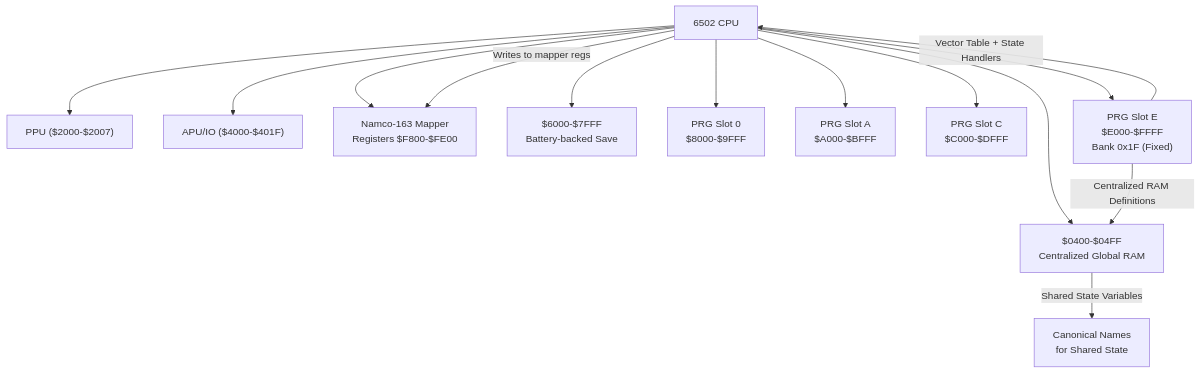
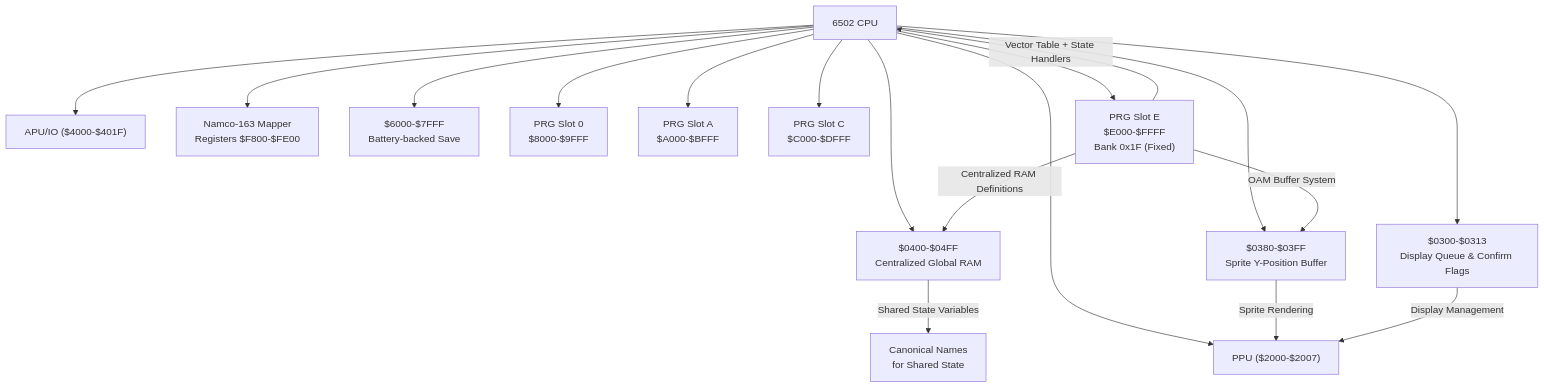
The second of 9 diagrams in .qoder/repowiki/en/content/Data Access and Memory Management/Data Access and Memory Management.md (rabbyzero/sango2dasm), drawn with Mermaid before and after one commit. The commit also changed other lines of this file and 35 other files, not shown here.

````diff
--- a/.qoder/repowiki/en/content/Data Access and Memory Management/Data Access and Memory Management.md
+++ b/.qoder/repowiki/en/content/Data Access and Memory Management/Data Access and Memory Management.md
@@ -101,27 +114,33 @@
 ```mermaid
 graph TB
 CPU["6502 CPU"]
 PPU["PPU ($2000-$2007)"]
 APU_IO["APU/IO ($4000-$401F)"]
 MAPPER["Namco-163 Mapper<br/>Registers $F800-$FE00"]
 SRAM["$6000-$7FFF<br/>Battery-backed Save"]
 PRG0["PRG Slot 0<br/>$8000-$9FFF"]
 PRGA["PRG Slot A<br/>$A000-$BFFF"]
 PRGC["PRG Slot C<br/>$C000-$DFFF"]
 PRGE["PRG Slot E<br/>$E000-$FFFF<br/>Bank 0x1F (Fixed)"]
 GLOBAL_RAM["$0400-$04FF<br/>Centralized Global RAM"]
+OAM_BUFFER["$0380-$03FF<br/>Sprite Y-Position Buffer"]
+DISPLAY_QUEUE["$0300-$0313<br/>Display Queue & Confirm Flags"]
 CANONICAL_NAMES["Canonical Names<br/>for Shared State"]
 CPU --> PRG0
 CPU --> PRGA
 CPU --> PRGC
 CPU --> PRGE
 CPU --> SRAM
 CPU --> GLOBAL_RAM
+CPU --> OAM_BUFFER
+CPU --> DISPLAY_QUEUE
 CPU --> PPU
 CPU --> APU_IO
 CPU --> MAPPER
 PRGE --> |"Vector Table + State Handlers"| CPU
 PRGE --> |"Centralized RAM Definitions"| GLOBAL_RAM
+PRGE --> |"OAM Buffer System"| OAM_BUFFER
 GLOBAL_RAM --> |"Shared State Variables"| CANONICAL_NAMES
-CPU --> |"Writes to mapper regs"| MAPPER
+OAM_BUFFER --> |"Sprite Rendering"| PPU
+DISPLAY_QUEUE --> |"Display Management"| PPU
 ```
````
